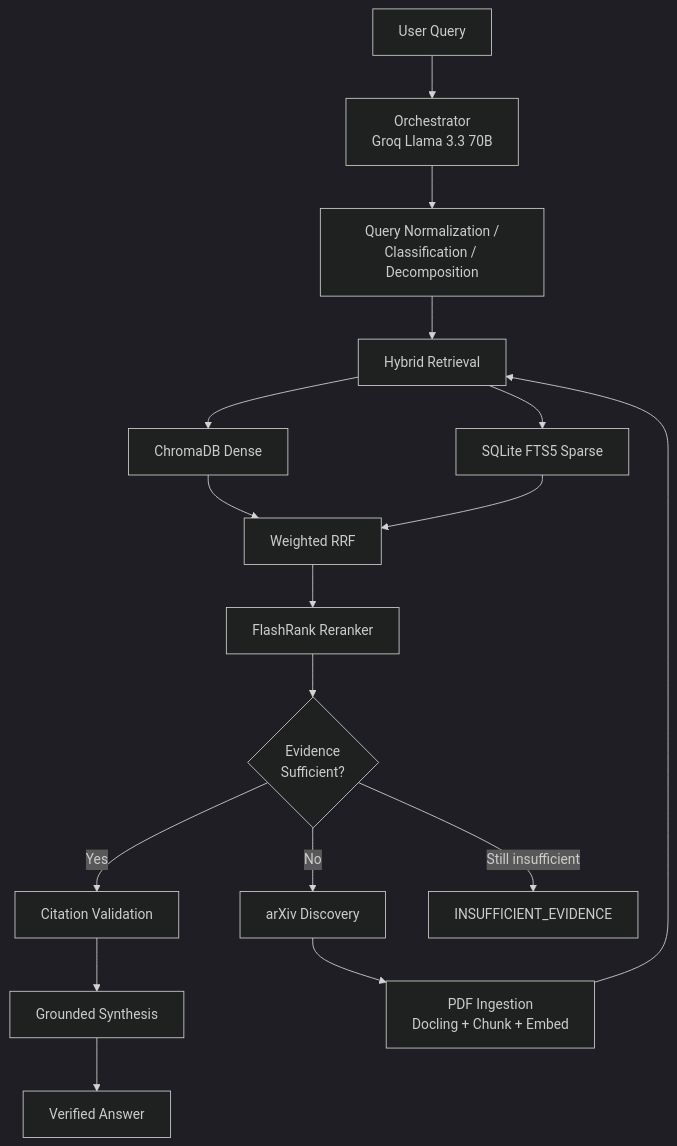
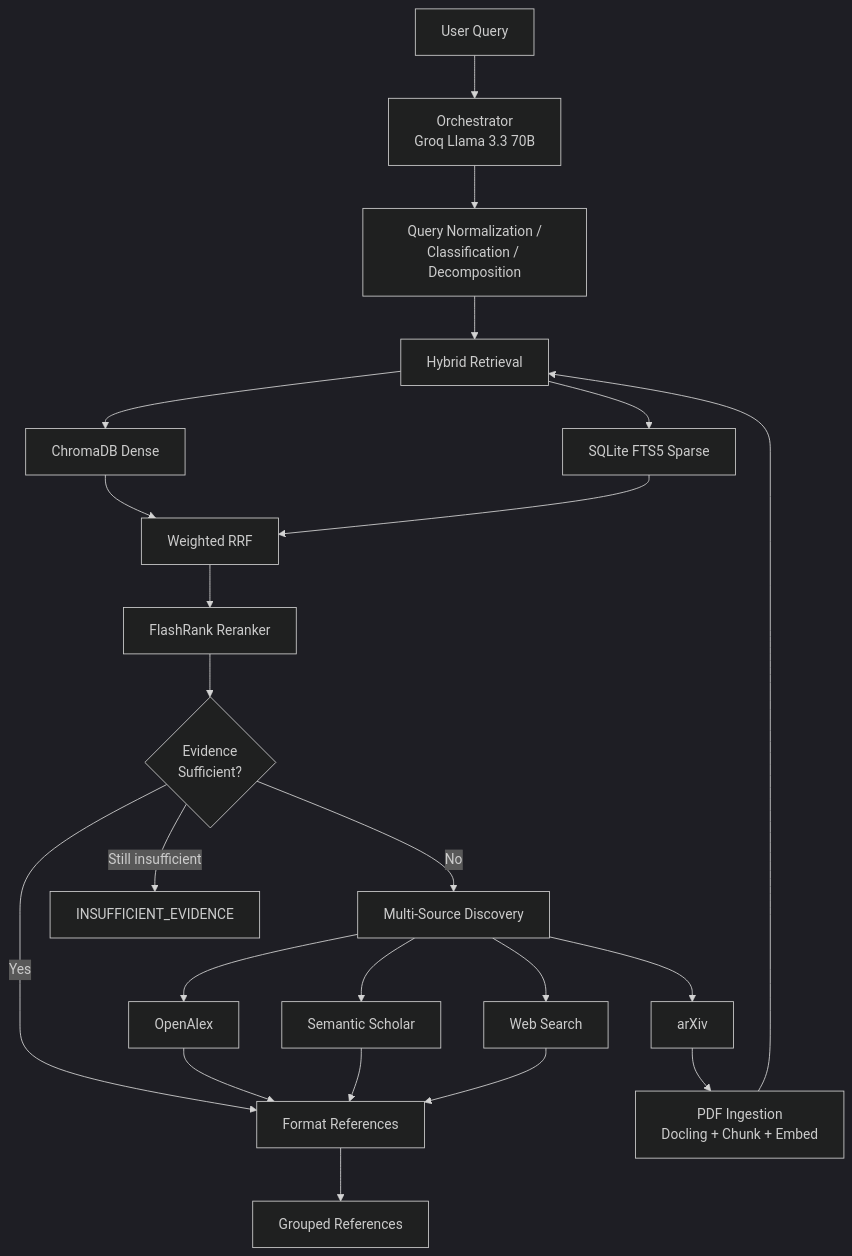
One commit to MHOC96/Active-Research-Assistant-Agent changed the diagram in README.md. Above: the diagram before and after it, drawn with Mermaid (dark theme). The commit also changed other lines of this file and 15 other files, not shown here.

First line of the commit message:
Add web search discovery and update README.

````diff
--- a/README.md
+++ b/README.md
@@ -27,19 +32,25 @@
 ```mermaid
 flowchart TD
     Q[User Query] --> O[Orchestrator<br/>Groq Llama 3.3 70B]
     O --> N[Query Normalization /<br/>Classification / Decomposition]
     N --> H[Hybrid Retrieval]
     H --> D[ChromaDB Dense]
     H --> S[SQLite FTS5 Sparse]
     D --> R[Weighted RRF]
     S --> R
     R --> F[FlashRank Reranker]
     F --> G{Evidence<br/>Sufficient?}
-    G -->|Yes| C[Citation Validation]
-    C --> Y[Grounded Synthesis]
-    G -->|No| A[arXiv Discovery]
-    A --> I[PDF Ingestion<br/>Docling + Chunk + Embed]
+    G -->|Yes| REF[Format References]
+    G -->|No| MS[Multi-Source Discovery]
+    MS --> AX[arXiv]
+    MS --> OA[OpenAlex]
+    MS --> SS[Semantic Scholar]
+    MS --> WB[Web Search]
+    AX --> I[PDF Ingestion<br/>Docling + Chunk + Embed]
     I --> H
-    Y --> OUT[Verified Answer]
+    OA --> REF
+    SS --> REF
+    WB --> REF
+    REF --> OUT[Grouped References]
     G -->|Still insufficient| E[INSUFFICIENT_EVIDENCE]
 ```
````
